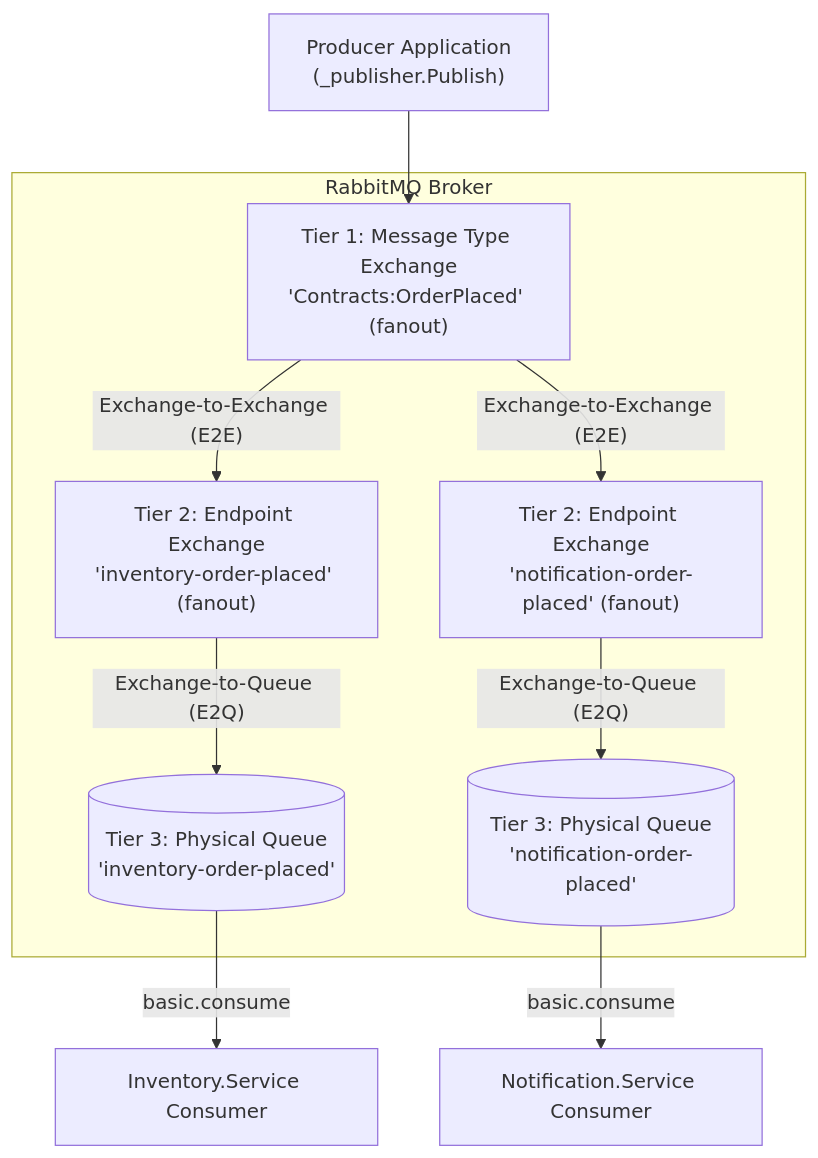
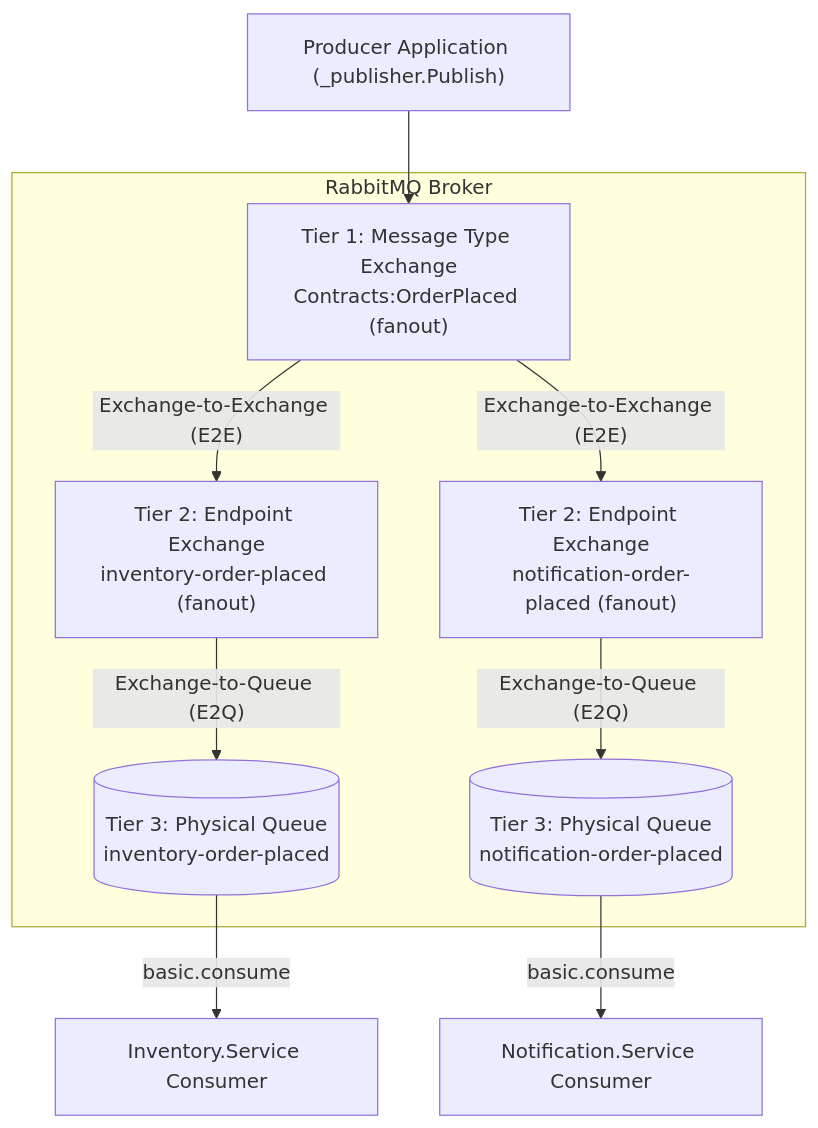
Before and after one commit to Limon-s-Interview-Prep-Zone/Backend: the first of 4 diagrams in docs/07-rabbitmq-broker-binding-lifecycle-workflow.md, drawn with Mermaid. The commit also changed other lines of this file and 5 other files, not shown here.

Commit message:
fix(docs): fix Mermaid syntax, subgraph IDs, relative links, and arrows

````diff
--- a/docs/07-rabbitmq-broker-binding-lifecycle-workflow.md
+++ b/docs/07-rabbitmq-broker-binding-lifecycle-workflow.md
@@ -13,15 +13,15 @@
 ```mermaid
 flowchart TD
-    Producer["Producer Application<br/>(_publisher.Publish)"] --> Tier1["Tier 1: Message Type Exchange<br/>'Contracts:OrderPlaced' (fanout)"]
+    Producer["Producer Application (_publisher.Publish)"] --> Tier1["Tier 1: Message Type Exchange<br/>Contracts:OrderPlaced (fanout)"]
 
-    subgraph RabbitMQ Broker
-        Tier1 -->|"Exchange-to-Exchange (E2E)"| Tier2A["Tier 2: Endpoint Exchange<br/>'inventory-order-placed' (fanout)"]
-        Tier1 -->|"Exchange-to-Exchange (E2E)"| Tier2B["Tier 2: Endpoint Exchange<br/>'notification-order-placed' (fanout)"]
+    subgraph RabbitMQ_Broker ["RabbitMQ Broker"]
+        Tier1 -->|"Exchange-to-Exchange (E2E)"| Tier2A["Tier 2: Endpoint Exchange<br/>inventory-order-placed (fanout)"]
+        Tier1 -->|"Exchange-to-Exchange (E2E)"| Tier2B["Tier 2: Endpoint Exchange<br/>notification-order-placed (fanout)"]
 
-        Tier2A -->|"Exchange-to-Queue (E2Q)"| QueueA[("Tier 3: Physical Queue<br/>'inventory-order-placed'")]
-        Tier2B -->|"Exchange-to-Queue (E2Q)"| QueueB[("Tier 3: Physical Queue<br/>'notification-order-placed'")]
+        Tier2A -->|"Exchange-to-Queue (E2Q)"| QueueA[("Tier 3: Physical Queue<br/>inventory-order-placed")]
+        Tier2B -->|"Exchange-to-Queue (E2Q)"| QueueB[("Tier 3: Physical Queue<br/>notification-order-placed")]
     end
 
     QueueA -->|"basic.consume"| ConsumerA["Inventory.Service Consumer"]
     QueueB -->|"basic.consume"| ConsumerB["Notification.Service Consumer"]
 ```
````
